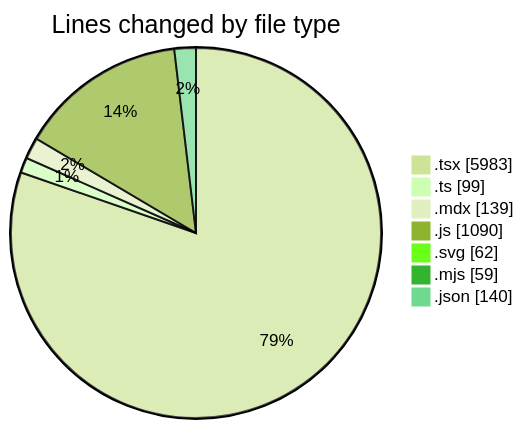
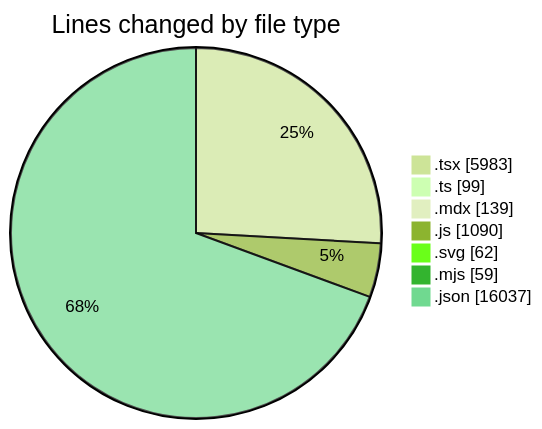
One commit to Elitesun/code-tracking changed the first of 2 diagrams in 2025-05-10/elitesun/README.md. Above: the diagram before and after it, drawn with Mermaid (forest theme). The commit also changed other lines of this file and 1 other file, not shown here.

````diff
--- a/2025-05-10/elitesun/README.md
+++ b/2025-05-10/elitesun/README.md
@@ -42,11 +43,11 @@
 ```mermaid
 pie showData
 title Lines changed by file type
 ".tsx" : 5983
 ".ts" : 99
 ".mdx" : 139
 ".js" : 1090
 ".svg" : 62
 ".mjs" : 59
-".json" : 140
+".json" : 16037
 ```
````
